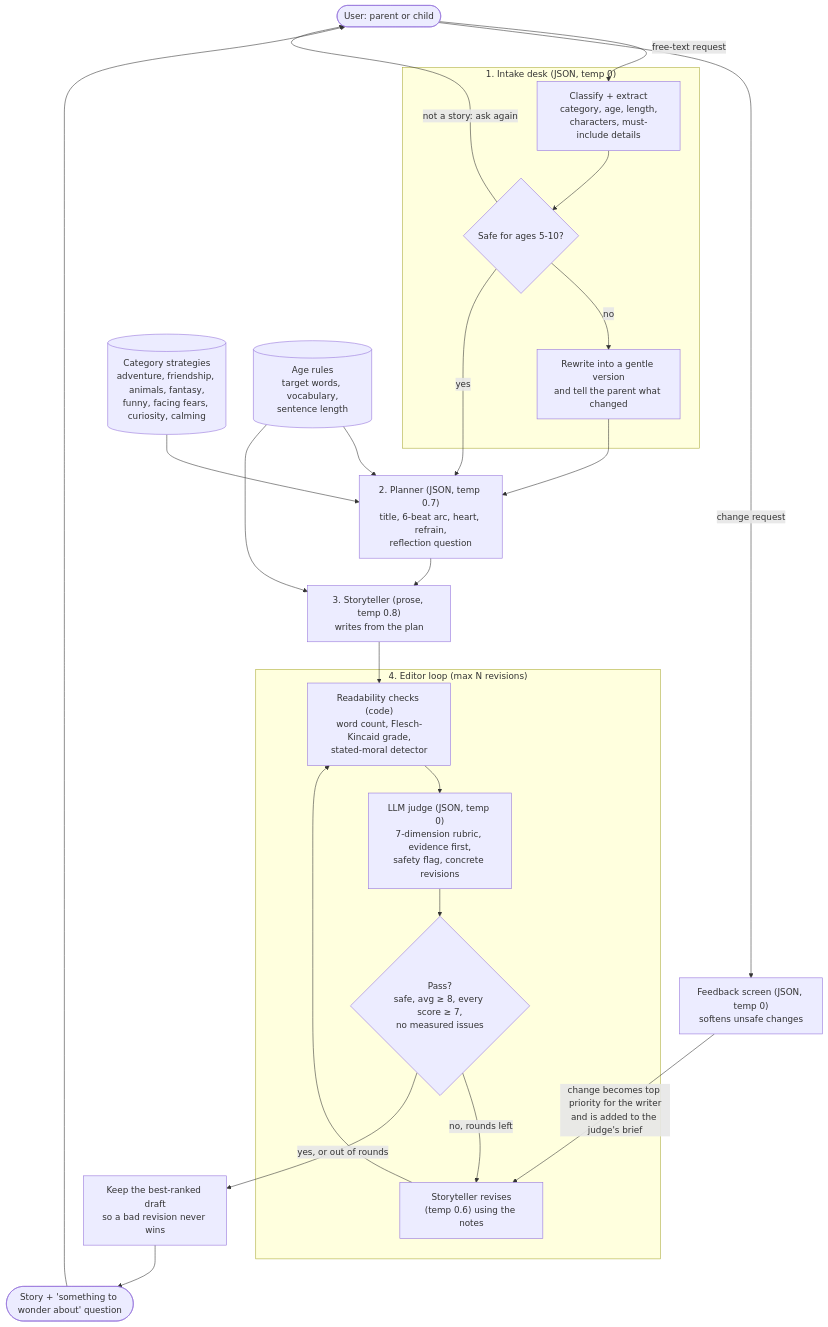
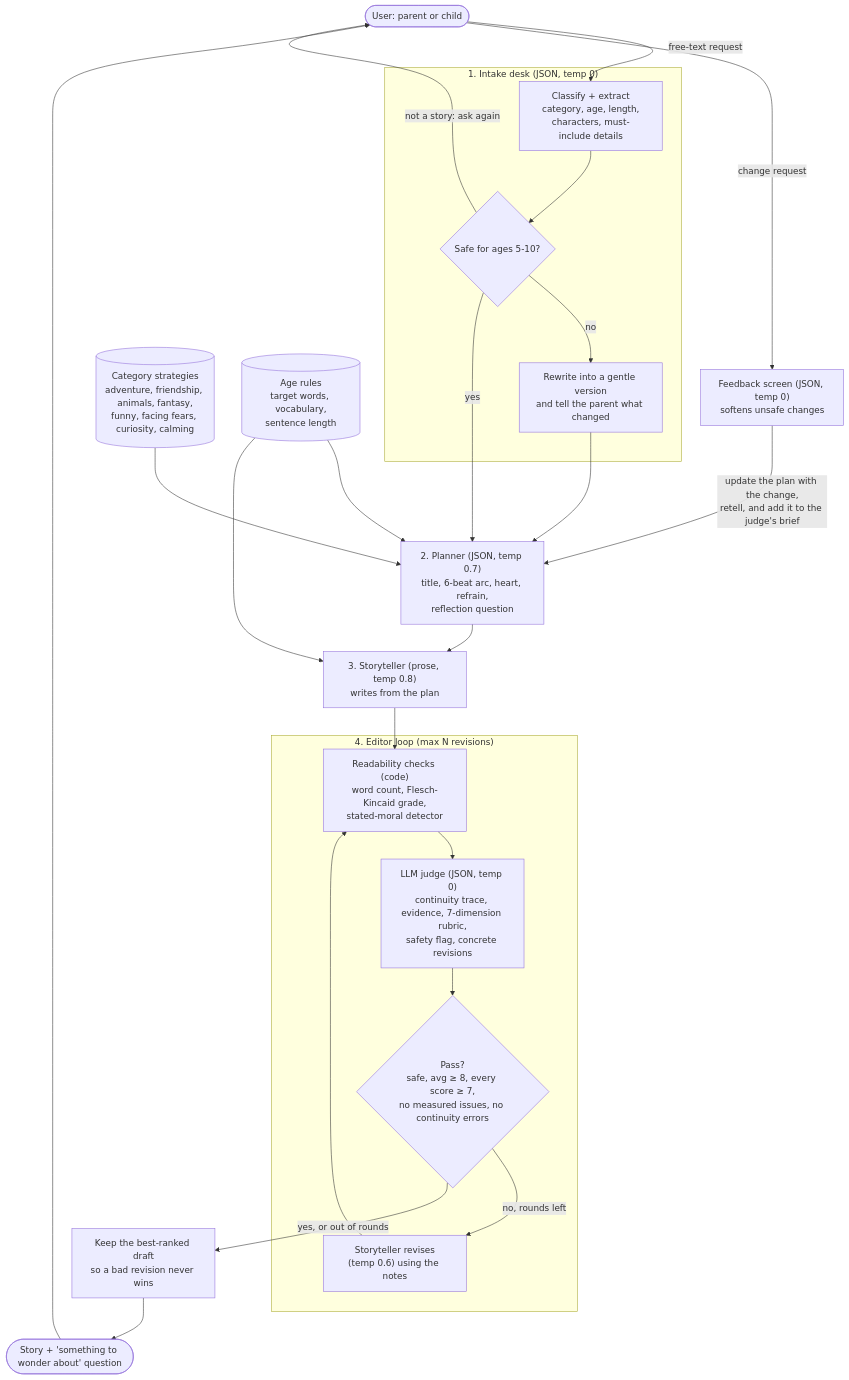
One commit to Anay704/hippocratic-bedtime-storyteller changed the diagram in README.md. Above: the diagram before and after it, drawn with Mermaid. The commit also changed other lines of this file and 2 other files, not shown here.

````diff
--- a/README.md
+++ b/README.md
@@ -38,35 +38,35 @@
 ```mermaid
 flowchart TD
     U([User: parent or child]) -->|free-text request| I
 
     subgraph Intake["1. Intake desk (JSON, temp 0)"]
         I[Classify + extract<br/>category, age, length,<br/>characters, must-include details]
         I --> S{Safe for ages 5-10?}
         S -->|no| SOFT[Rewrite into a gentle version<br/>and tell the parent what changed]
     end
 
     S -->|not a story: ask again| U
 
     S -->|yes| P
     SOFT --> P
 
     CAT[(Category strategies<br/>adventure, friendship, animals, fantasy,<br/>funny, facing fears, curiosity, calming)] --> P
     AGE[(Age rules<br/>target words, vocabulary,<br/>sentence length)] --> P
     AGE --> W
 
     P["2. Planner (JSON, temp 0.7)<br/>title, 6-beat arc, heart, refrain,<br/>reflection question"] --> W
     W["3. Storyteller (prose, temp 0.8)<br/>writes from the plan"] --> M
 
     subgraph Loop["4. Editor loop (max N revisions)"]
         M["Readability checks (code)<br/>word count, Flesch-Kincaid grade,<br/>stated-moral detector"] --> J
-        J["LLM judge (JSON, temp 0)<br/>7-dimension rubric, evidence first,<br/>safety flag, concrete revisions"] --> G{Pass?<br/>safe, avg ≥ 8, every score ≥ 7,<br/>no measured issues}
+        J["LLM judge (JSON, temp 0)<br/>continuity trace, evidence, 7-dimension rubric,<br/>safety flag, concrete revisions"] --> G{Pass?<br/>safe, avg ≥ 8, every score ≥ 7,<br/>no measured issues, no continuity errors}
         G -->|no, rounds left| R["Storyteller revises<br/>(temp 0.6) using the notes"]
         R --> M
     end
 
     G -->|yes, or out of rounds| B[Keep the best-ranked draft<br/>so a bad revision never wins]
     B --> OUT([Story + 'something to wonder about' question])
     OUT --> U
     U -->|"change request"| FS["Feedback screen (JSON, temp 0)<br/>softens unsafe changes"]
-    FS -->|"change becomes top priority for the writer<br/>and is added to the judge's brief"| R
+    FS -->|"update the plan with the change,<br/>retell, and add it to the judge's brief"| P
 ```
````
